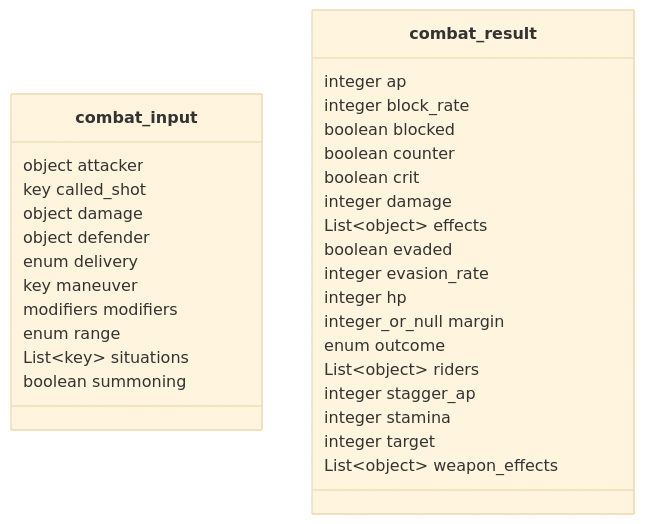
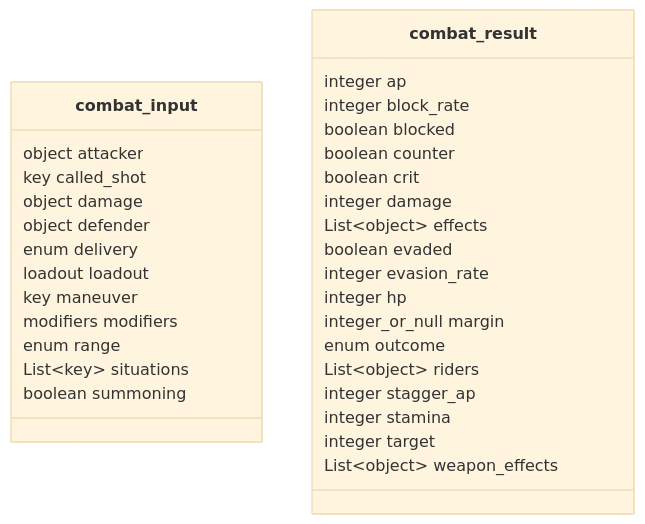
Before and after one commit to SETA1609/riftweave-core: the seventh of 27 diagrams in docs/backend/contract-diagram.md, drawn with Mermaid (base theme). The commit also changed other lines of this file and 24 other files, not shown here.

Commit message:
GD_S05_01 Data: the attack sequences, the melee ladders, full_weight and carry_through, and attack_sequence in Python and Go

````diff
--- a/docs/backend/contract-diagram.md
+++ b/docs/backend/contract-diagram.md
@@ -208,34 +237,35 @@
 ```mermaid
 classDiagram
     class combat_input {
         object attacker
         key called_shot
         object damage
         object defender
         enum delivery
+        loadout loadout
         key maneuver
         modifiers modifiers
         enum range
         List~key~ situations
         boolean summoning
     }
     class combat_result {
         integer ap
         integer block_rate
         boolean blocked
         boolean counter
         boolean crit
         integer damage
         List~object~ effects
         boolean evaded
         integer evasion_rate
         integer hp
         integer_or_null margin
         enum outcome
         List~object~ riders
         integer stagger_ap
         integer stamina
         integer target
         List~object~ weapon_effects
     }
 ```
````
